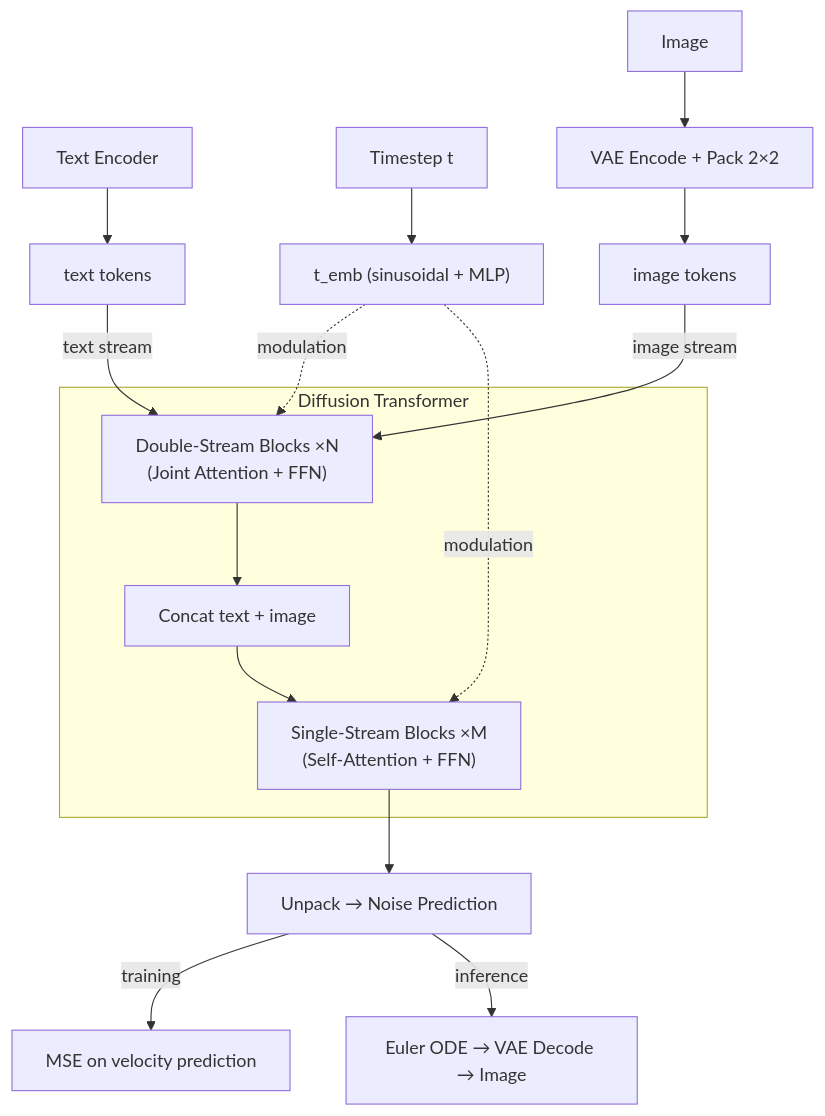
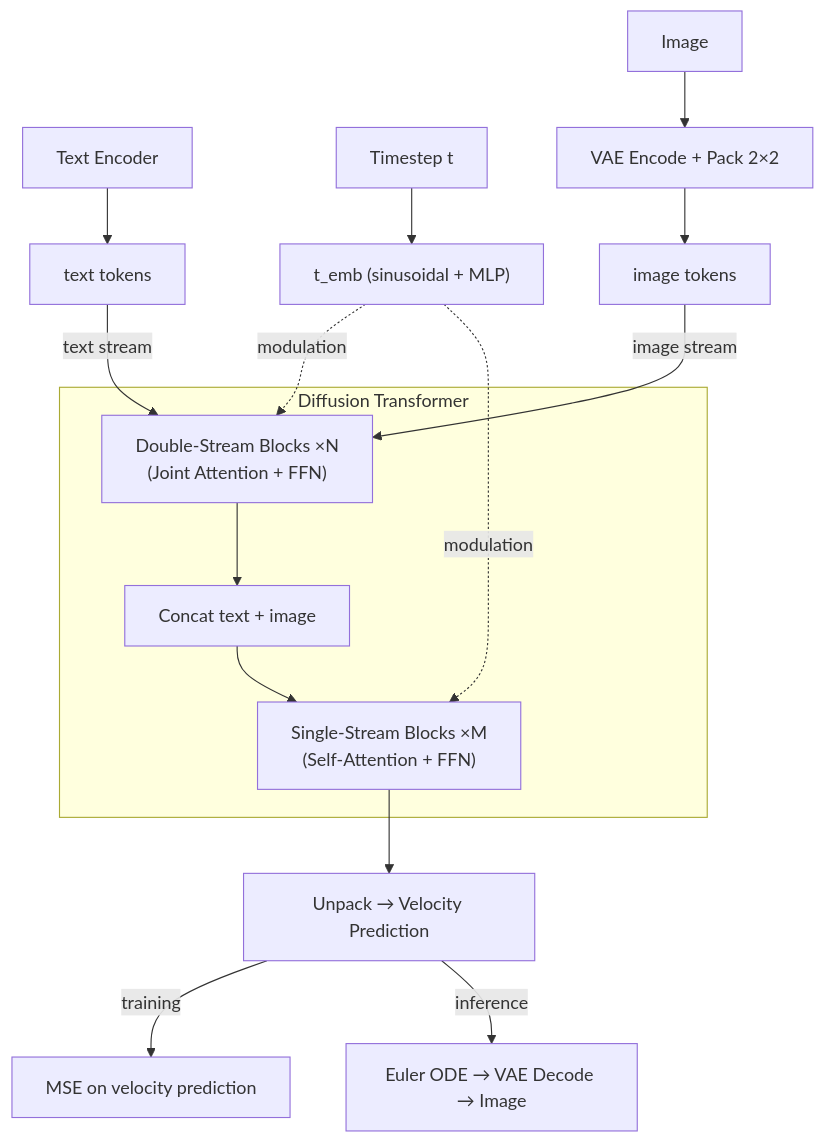
One commit to purohit10saurabh/min-flux changed the diagram in README.md. Above: the diagram before and after it, drawn with Mermaid. The commit also changed other lines of this file and 25 other files, not shown here.

````diff
--- a/README.md
+++ b/README.md
@@ -24,22 +24,22 @@
 ```mermaid
 flowchart TD
     TE["Text Encoder"] --> TextTok["text tokens"]
     TS["Timestep t"] --> Temb["t_emb (sinusoidal + MLP)"]
     Pixels["Image"] --> VAE["VAE Encode + Pack 2×2"] --> ImgTok["image tokens"]
 
     TextTok -->|"text stream"| DoubleBlocks
     ImgTok -->|"image stream"| DoubleBlocks
     Temb -.->|"modulation"| DoubleBlocks
     Temb -.->|"modulation"| SingleBlocks
 
     subgraph dit ["Diffusion Transformer"]
         DoubleBlocks["Double-Stream Blocks ×N<br/>(Joint Attention + FFN)"]
         Cat["Concat text + image"]
         SingleBlocks["Single-Stream Blocks ×M<br/>(Self-Attention + FFN)"]
         DoubleBlocks --> Cat --> SingleBlocks
     end
 
-    SingleBlocks --> Unpack["Unpack → Noise Prediction"]
+    SingleBlocks --> Unpack["Unpack → Velocity Prediction"]
     Unpack -->|"training"| Loss["MSE on velocity prediction"]
     Unpack -->|"inference"| Euler["Euler ODE → VAE Decode → Image"]
 ```
````
